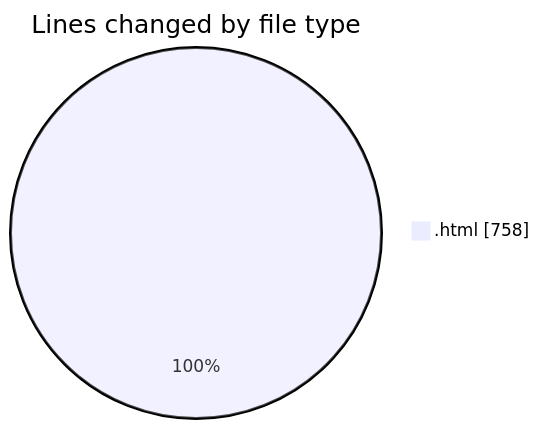
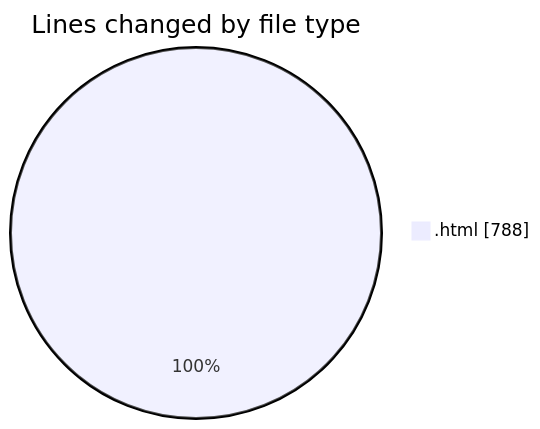
Before and after one commit to shibass792/code-tracking: the first of 2 diagrams in 2026-07-16/panel/README.md, drawn with Mermaid. The commit also changed other lines of this file and 1 other file, not shown here.

````diff
--- a/2026-07-16/panel/README.md
+++ b/2026-07-16/panel/README.md
@@ -20,5 +20,5 @@
 ```mermaid
 pie showData
 title Lines changed by file type
-".html" : 758
+".html" : 788
 ```
````
